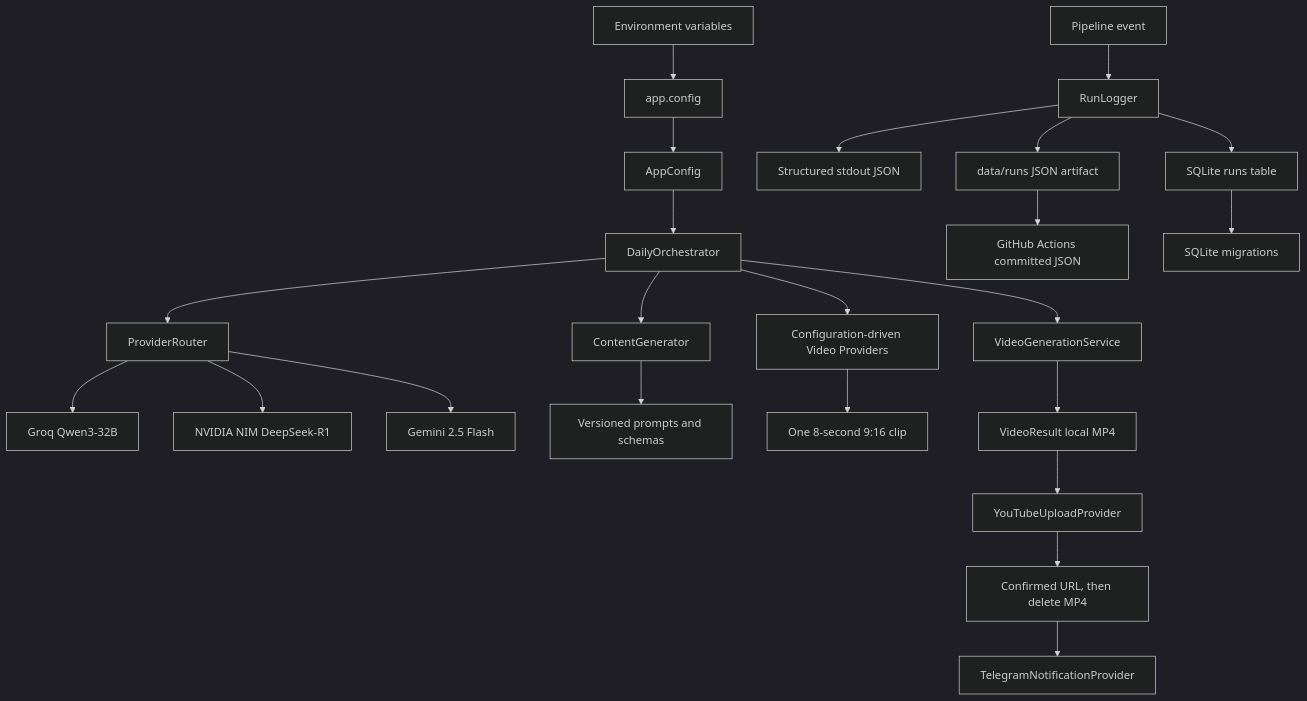
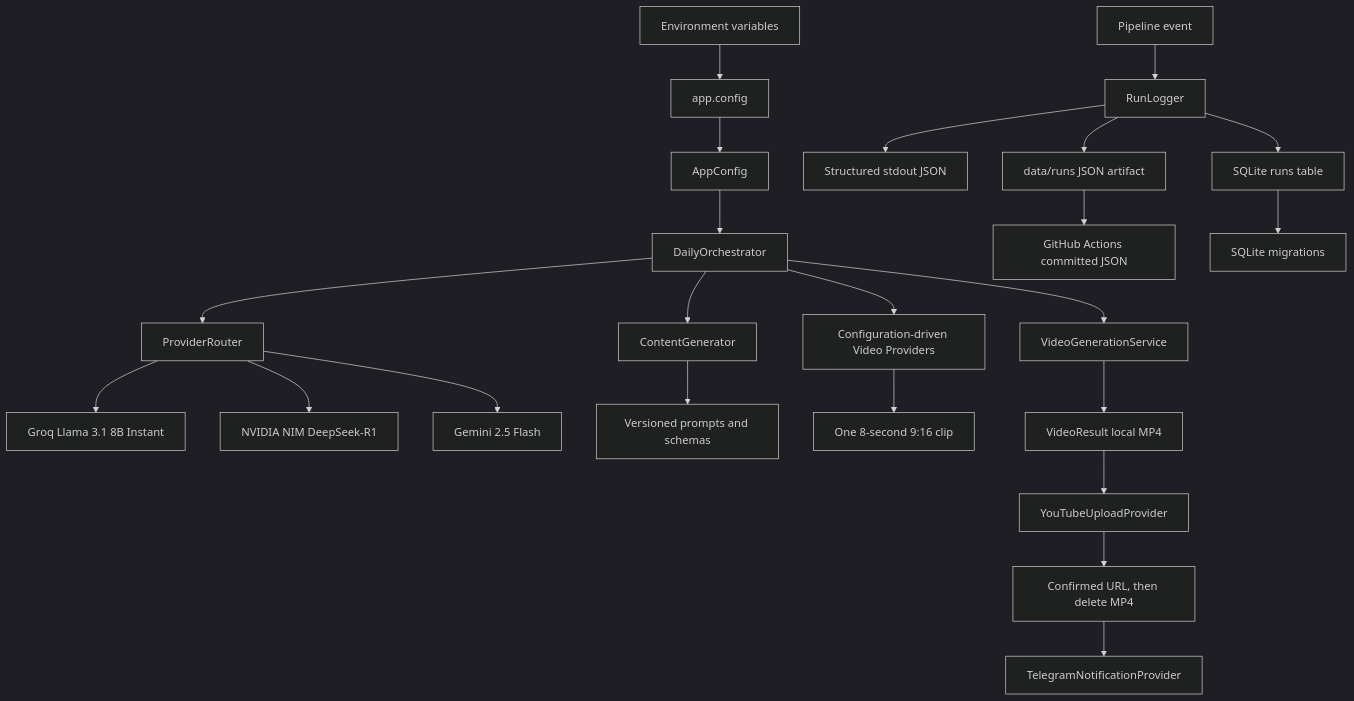
One commit to Aspect022/AI_Content_Factory changed the diagram in docs/architecture.md. Above: the diagram before and after it, drawn with Mermaid (dark theme). The commit also changed 5 other files, not shown here.

Commit message:
use Groq free-tier Llama text model

````diff
--- a/docs/architecture.md
+++ b/docs/architecture.md
@@ -3,25 +3,25 @@
 ```mermaid
 flowchart TD
     A[Environment variables] --> B[app.config]
     B --> C[AppConfig]
     C --> D[DailyOrchestrator]
     D --> E[ProviderRouter]
-    E --> F[Groq Qwen3-32B]
+    E --> F[Groq Llama 3.1 8B Instant]
     E --> G[NVIDIA NIM DeepSeek-R1]
     E --> H[Gemini 2.5 Flash]
     D --> N[ContentGenerator]
     N --> O[Versioned prompts and schemas]
     D --> Q[Configuration-driven Video Providers]
     Q --> R[One 8-second 9:16 clip]
     D --> S[VideoGenerationService]
     S --> T[VideoResult local MP4]
     T --> U[YouTubeUploadProvider]
     U --> V[Confirmed URL, then delete MP4]
     V --> W[TelegramNotificationProvider]
     I[Pipeline event] --> J[RunLogger]
     J --> K[Structured stdout JSON]
     J --> L[SQLite runs table]
     J --> M[data/runs JSON artifact]
     M --> X[GitHub Actions committed JSON]
     L --> P[SQLite migrations]
 ```
````
